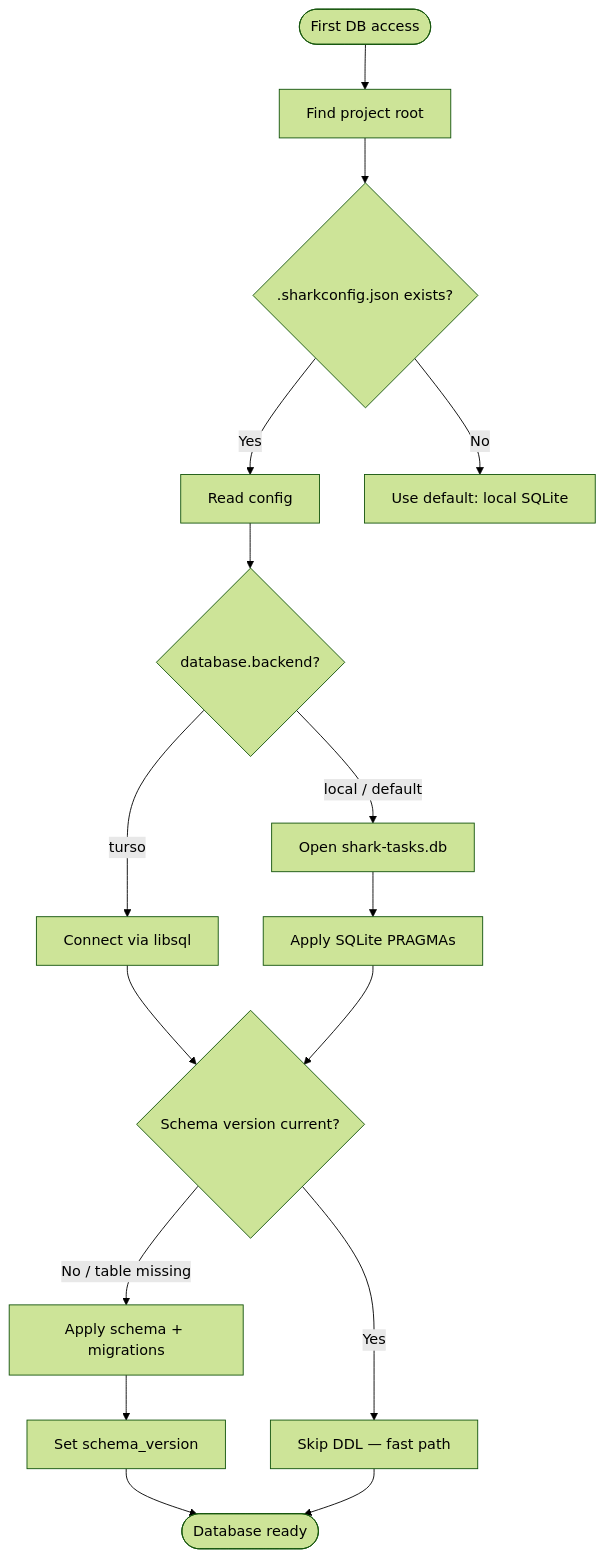
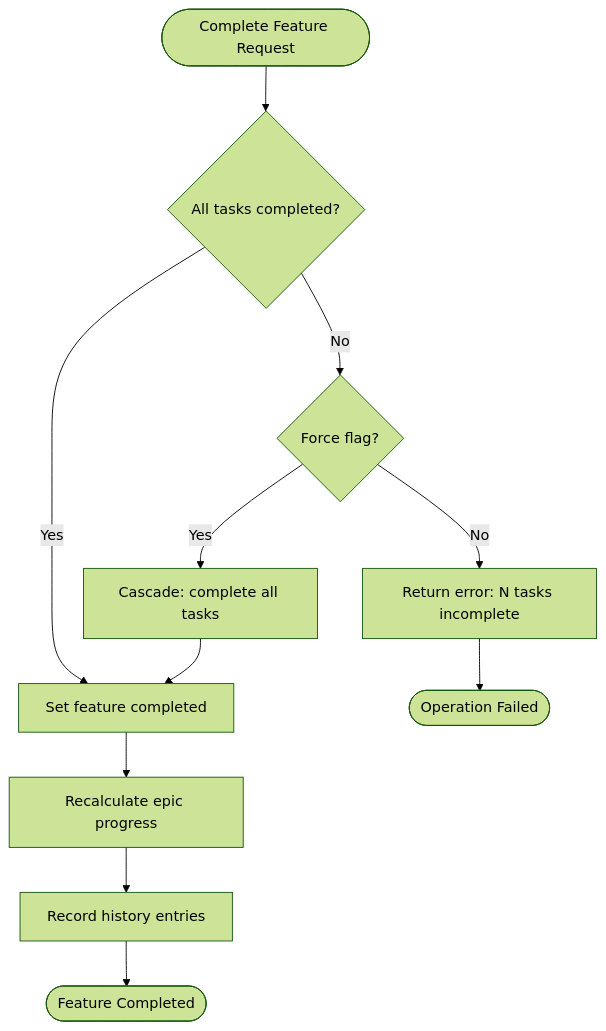
The second of 4 diagrams in brownfield-docs/diagrams/behavioral/activity-diagrams.md (jwwelbor/shark-task-manager), drawn with Mermaid (forest theme) before and after one commit. The commit also changed other lines of this file and 47 other files, not shown here.

````diff
--- a/brownfield-docs/diagrams/behavioral/activity-diagrams.md
+++ b/brownfield-docs/diagrams/behavioral/activity-diagrams.md
@@ -110,23 +23,13 @@
 ```mermaid
 flowchart TD
-    START([First DB access]) --> FIND[Find project root]
-    FIND --> CONFIG{.sharkconfig.json exists?}
-
-    CONFIG -->|Yes| READ[Read config]
-    CONFIG -->|No| DEFAULT[Use default: local SQLite]
-
-    READ --> BACKEND{database.backend?}
-    BACKEND -->|"turso"| TURSO[Connect via libsql]
-    BACKEND -->|"local" / default| LOCAL[Open shark-tasks.db]
-
-    TURSO --> SCHEMA_CHECK
-    LOCAL --> PRAGMA[Apply SQLite PRAGMAs]
-    PRAGMA --> SCHEMA_CHECK
-
-    SCHEMA_CHECK{Schema version current?}
-    SCHEMA_CHECK -->|Yes| SKIP[Skip DDL — fast path]
-    SCHEMA_CHECK -->|No / table missing| APPLY[Apply schema + migrations]
-    APPLY --> SET_VER[Set schema_version]
-    SET_VER --> READY
-    SKIP --> READY([Database ready])
+    START([Complete Feature Request]) --> CHECK{All tasks completed?}
+    CHECK --> |Yes| COMPLETE[Set feature completed]
+    CHECK --> |No| FORCE{Force flag?}
+    FORCE --> |Yes| CASCADE[Cascade: complete all tasks]
+    CASCADE --> COMPLETE
+    FORCE --> |No| ERROR[Return error: N tasks incomplete]
+    COMPLETE --> RECALC[Recalculate epic progress]
+    RECALC --> HISTORY[Record history entries]
+    HISTORY --> END([Feature Completed])
+    ERROR --> FAIL([Operation Failed])
 ```
````
